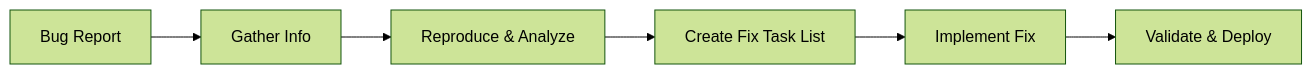
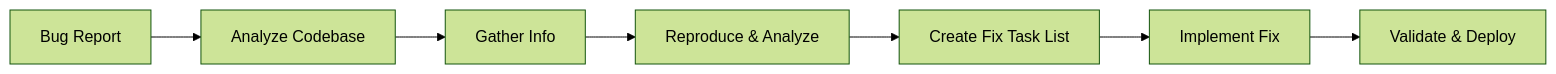
The diagram in .claude/commands/qfix-bug.md (jimallen/TasksAgent), drawn with Mermaid (forest theme) before and after one commit. The commit also changed other lines of this file and 70 other files, not shown here.

````diff
--- a/.claude/commands/qfix-bug.md
+++ b/.claude/commands/qfix-bug.md
@@ -11,8 +11,9 @@
 ```mermaid
 graph LR
-    A[Bug Report] --> B[Gather Info]
-    B --> C[Reproduce & Analyze]
-    C --> D[Create Fix Task List]
-    D --> E[Implement Fix]
-    E --> F[Validate & Deploy]
+    A[Bug Report] --> B[Analyze Codebase]
+    B --> C[Gather Info]
+    C --> D[Reproduce & Analyze]
+    D --> E[Create Fix Task List]
+    E --> F[Implement Fix]
+    F --> G[Validate & Deploy]
 ```
````
